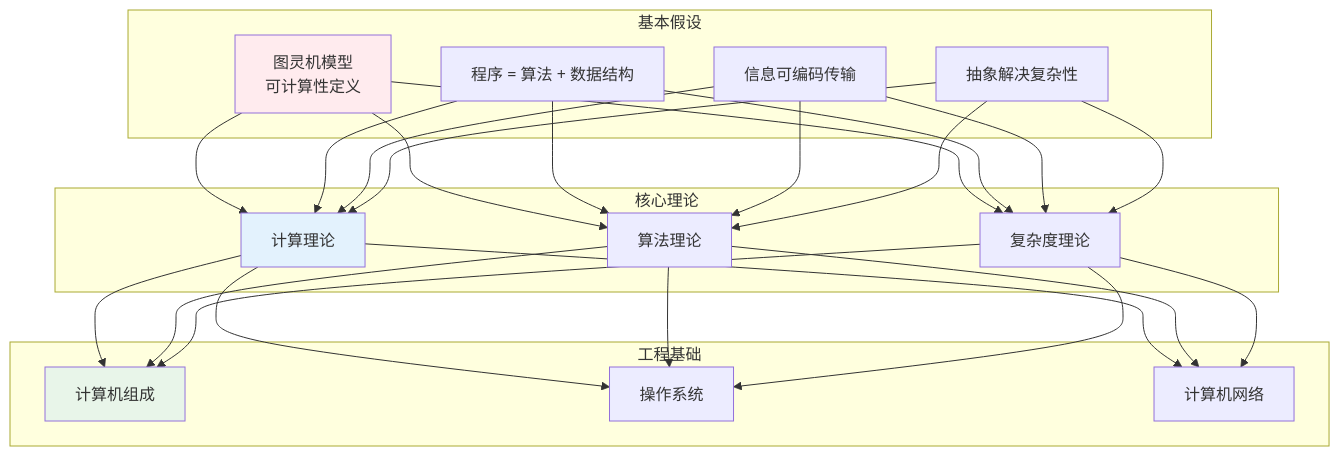
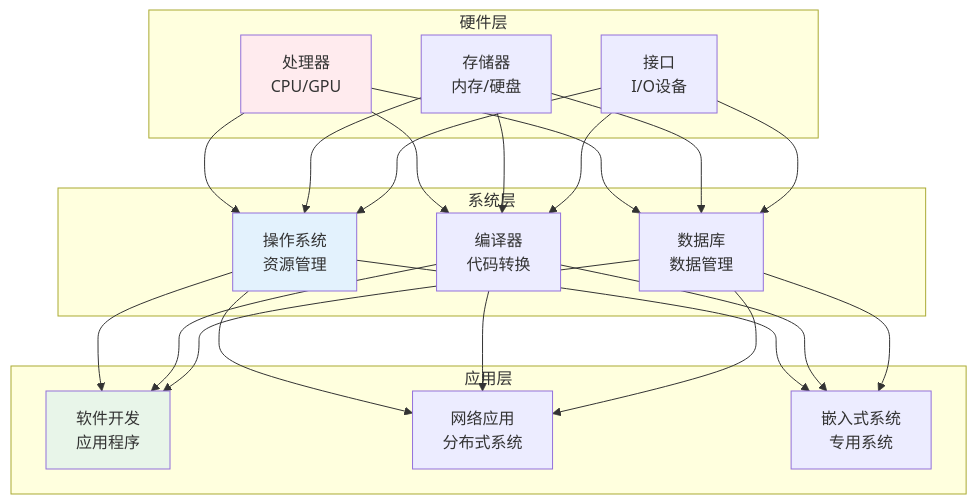
The first of 3 diagrams in content/engineering/computer-engineering/index.md (wxyClark/wxyClark.github.io), drawn with Mermaid before and after one commit. The commit also changed other lines of this file and 190 other files, not shown here.

````diff
--- a/content/engineering/computer-engineering/index.md
+++ b/content/engineering/computer-engineering/index.md
@@ -14,28 +14,25 @@
 ```mermaid
 graph TB
-    subgraph 基本假设
-        A1[图灵机模型<br/>可计算性定义]
-        A2[程序 = 算法 + 数据结构]
-        A3[信息可编码传输]
-        A4[抽象解决复杂性]
+    subgraph 硬件层
+        H1[处理器<br/>CPU/GPU]
+        H2[存储器<br/>内存/硬盘]
+        H3[接口<br/>I/O设备]
+    end    
+    subgraph 系统层
+        S1[操作系统<br/>资源管理]
+        S2[编译器<br/>代码转换]
+        S3[数据库<br/>数据管理]
+    end    
+    subgraph 应用层
+        A1[软件开发<br/>应用程序]
+        A2[网络应用<br/>分布式系统]
+        A3[嵌入式系统<br/>专用系统]
     end
     
-    subgraph 核心理论
-        B1[计算理论]
-        B2[算法理论]
-        B3[复杂度理论]
-    end
+    H1 & H2 & H3 --> S1 & S2 & S3
+    S1 & S2 & S3 --> A1 & A2 & A3
     
-    subgraph 工程基础
-        C1[计算机组成]
-        C2[操作系统]
-        C3[计算机网络]
-    end
-    
-    A1 & A2 & A3 & A4 --> B1 & B2 & B3
-    B1 & B2 & B3 --> C1 & C2 & C3
-    
-    style A1 fill:#ffebee
-    style B1 fill:#e3f2fd
-    style C1 fill:#e8f5e9
+    style H1 fill:#ffebee
+    style S1 fill:#e3f2fd
+    style A1 fill:#e8f5e9
 ```
````
